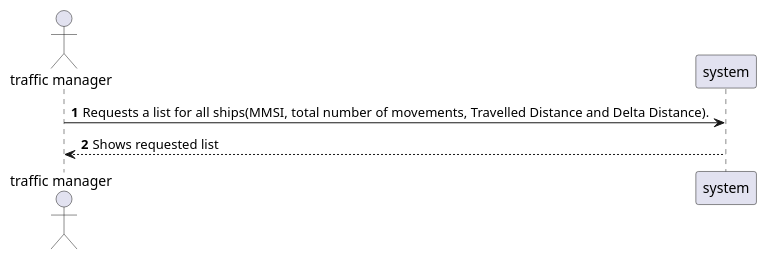
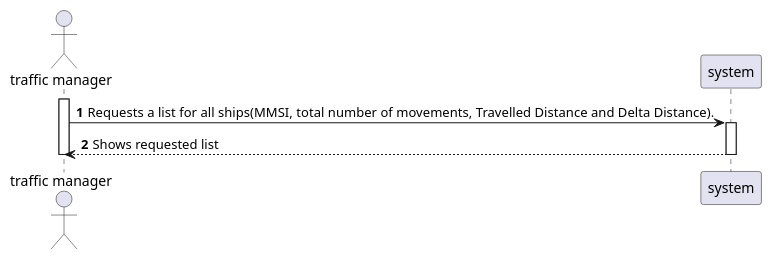
The diagram in docs/Sprint1/US105/SSD.puml (mpoboas/lapr3-2021-g102), drawn with PlantUML before and after one commit. The commit also changed 8 other files, not shown here.

```diff
--- a/docs/Sprint1/US105/SSD.puml
+++ b/docs/Sprint1/US105/SSD.puml
@@ -1,7 +1,12 @@
 @startuml
 actor "traffic manager" as actor
 participant system as sys
 autonumber
+activate actor
 actor -> sys : Requests  a list for all ships(MMSI, total number of movements, Travelled Distance and Delta Distance).
+activate sys
+
 sys --> actor : Shows requested list
+deactivate sys
+deactivate actor
 @enduml
```
